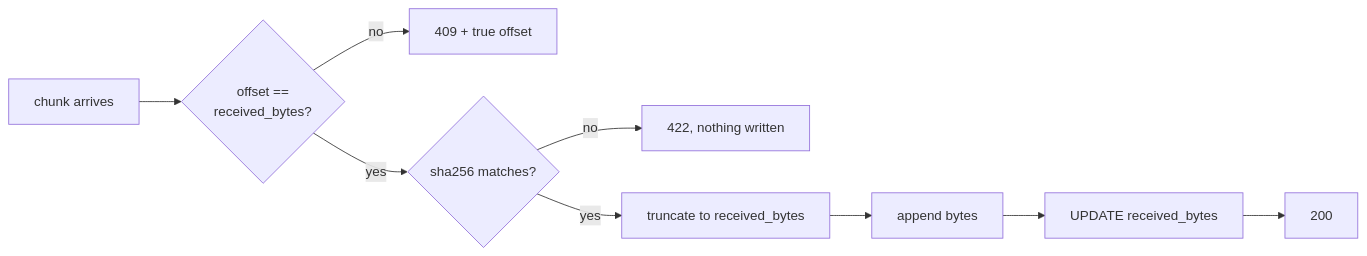
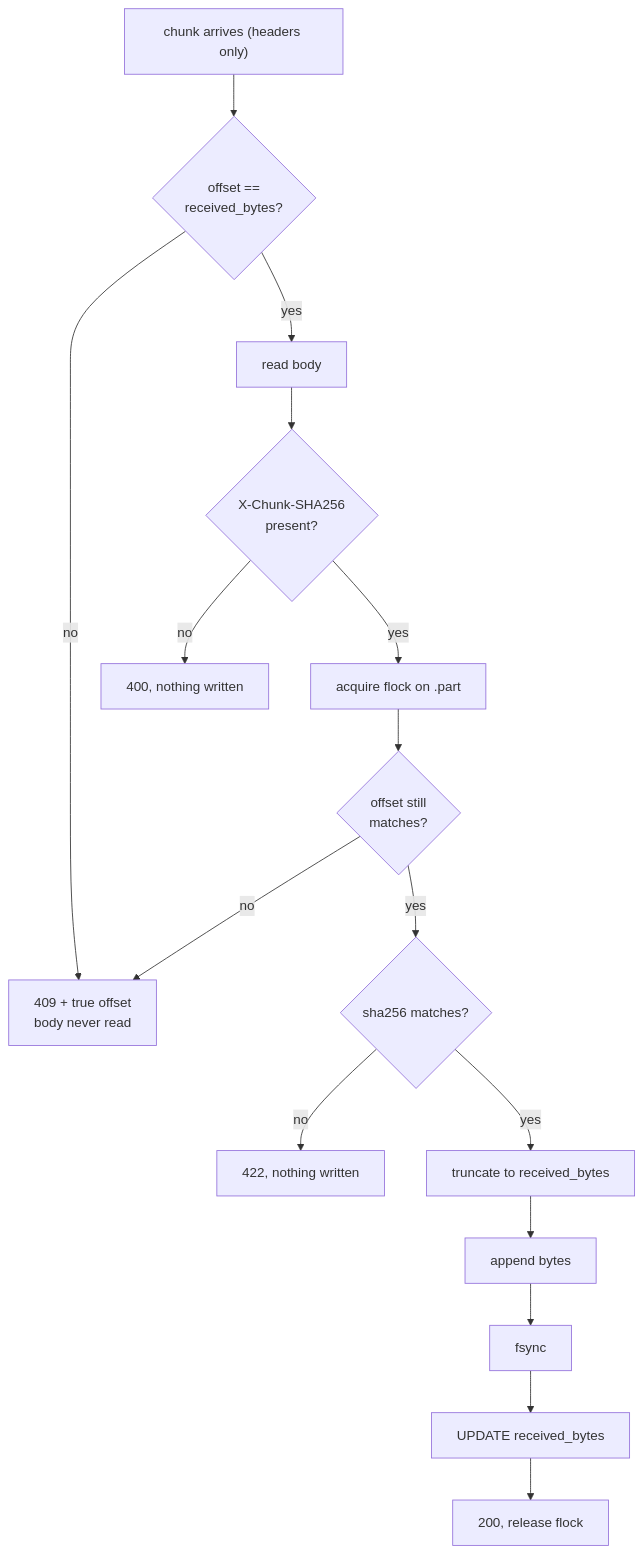
The fourth of 4 diagrams in docs/upload_protocol.md (gfvandehei/PixelVault), drawn with Mermaid before and after one commit. The commit also changed other lines of this file and 11 other files, not shown here.

````diff
--- a/docs/upload_protocol.md
+++ b/docs/upload_protocol.md
@@ -292,11 +312,18 @@
 ```mermaid
-flowchart LR
-    A[chunk arrives] --> B{offset ==<br/>received_bytes?}
-    B -->|no| C[409 + true offset]
-    B -->|yes| D{sha256 matches?}
-    D -->|no| E[422, nothing written]
+flowchart TD
+    A["chunk arrives (headers only)"] --> B{"offset ==<br/>received_bytes?"}
+    B -->|no| C["409 + true offset<br/>body never read"]
+    B -->|yes| R["read body"]
+    R --> P{"X-Chunk-SHA256<br/>present?"}
+    P -->|no| Q["400, nothing written"]
+    P -->|yes| L["acquire flock on .part"]
+    L --> B2{"offset still<br/>matches?"}
+    B2 -->|no| C
+    B2 -->|yes| D{"sha256 matches?"}
+    D -->|no| E["422, nothing written"]
     D -->|yes| F["truncate to received_bytes"]
-    F --> G[append bytes]
-    G --> H[UPDATE received_bytes]
-    H --> I[200]
+    F --> G["append bytes"]
+    G --> S["fsync"]
+    S --> H["UPDATE received_bytes"]
+    H --> I["200, release flock"]
 ```
````
